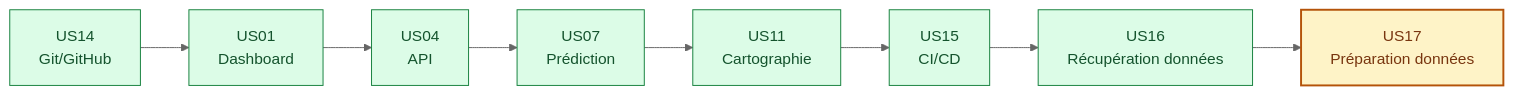
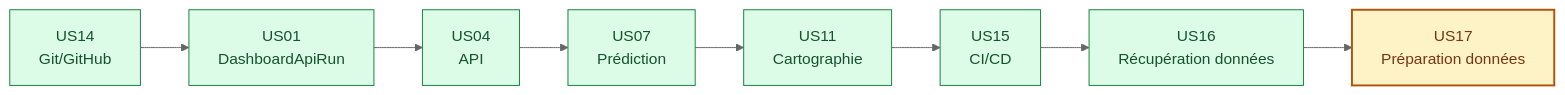
The second of 2 diagrams in README.md (abdoudjigo/assaman-suuf), drawn with Mermaid (neutral theme) before and after one commit. The commit also changed other lines of this file and 4 other files, not shown here.

````diff
--- a/README.md
+++ b/README.md
@@ -143,15 +143,15 @@
 ```mermaid
 flowchart LR
-    US14["US14<br/>Git/GitHub"] --> US01["US01<br/>Dashboard"]
+    US14["US14<br/>Git/GitHub"] --> US01["US01<br/>DashboardApiRun"]
     US01 --> US04["US04<br/>API"]
     US04 --> US07["US07<br/>Prédiction"]
     US07 --> US11["US11<br/>Cartographie"]
     US11 --> US15["US15<br/>CI/CD"]
     US15 --> US16["US16<br/>Récupération données"]
     US16 --> US17["US17<br/>Préparation données"]
 
     classDef fait fill:#DCFCE7,stroke:#15803D,color:#14532D
     classDef cours fill:#FEF3C7,stroke:#B45309,color:#78350F,stroke-width:2px
     class US14,US01,US04,US07,US11,US15,US16 fait
     class US17 cours
 ```
````
